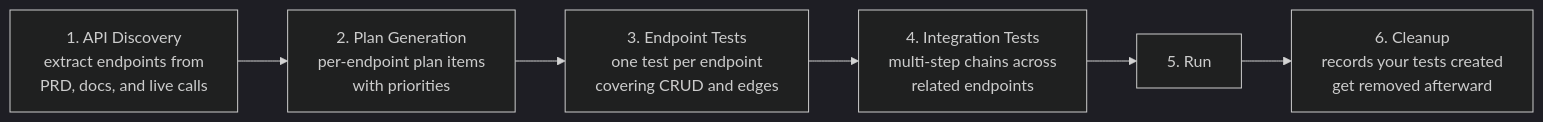
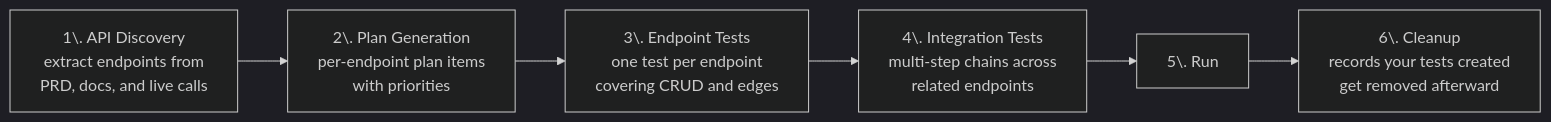
Before and after one commit to TestSprite/Docs: the diagram in web-portal/core/api/api-testing.mdx, drawn with Mermaid (dark theme). The commit also changed other lines of this file and 357 other files, not shown here.

````diff
--- a/web-portal/core/api/api-testing.mdx
+++ b/web-portal/core/api/api-testing.mdx
@@ -29,11 +27,11 @@
 ```mermaid
 flowchart LR
-    A["1. API Discovery<br/>extract endpoints from<br/>PRD, docs, and live calls"]
-    B["2. Plan Generation<br/>per-endpoint plan items<br/>with priorities"]
-    C["3. Endpoint Tests<br/>one test per endpoint<br/>covering CRUD and edges"]
-    D["4. Integration Tests<br/>multi-step chains across<br/>related endpoints"]
-    E["5. Run"]
-    F["6. Cleanup<br/>records your tests created<br/>get removed afterward"]
+    A["1\. API Discovery<br/>extract endpoints from<br/>PRD, docs, and live calls"]
+    B["2\. Plan Generation<br/>per-endpoint plan items<br/>with priorities"]
+    C["3\. Endpoint Tests<br/>one test per endpoint<br/>covering CRUD and edges"]
+    D["4\. Integration Tests<br/>multi-step chains across<br/>related endpoints"]
+    E["5\. Run"]
+    F["6\. Cleanup<br/>records your tests created<br/>get removed afterward"]
 
     A --> B --> C --> D --> E --> F
 ```
````
